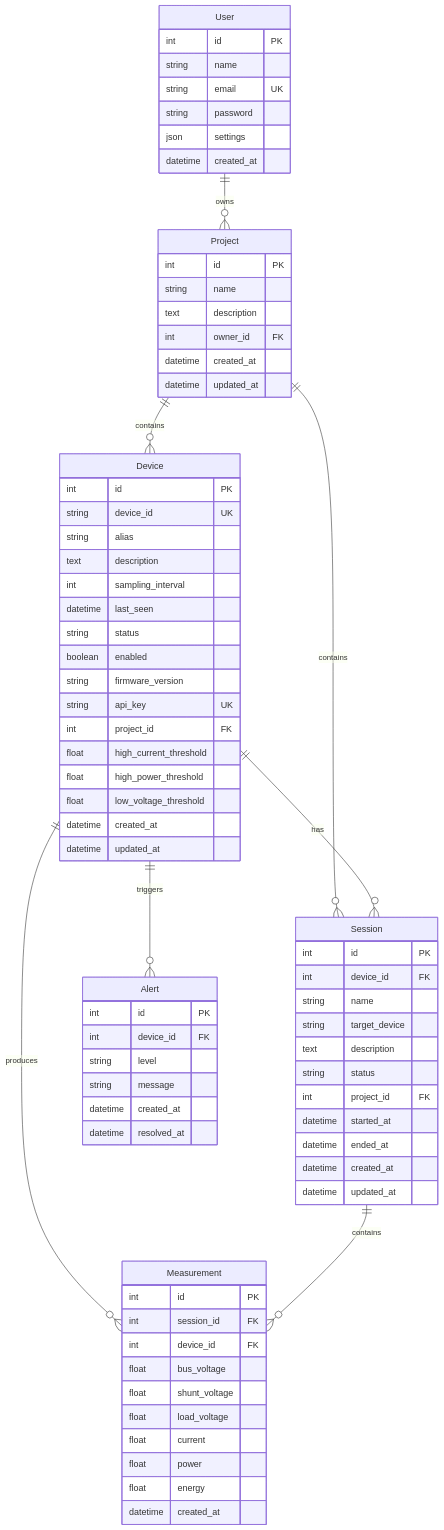
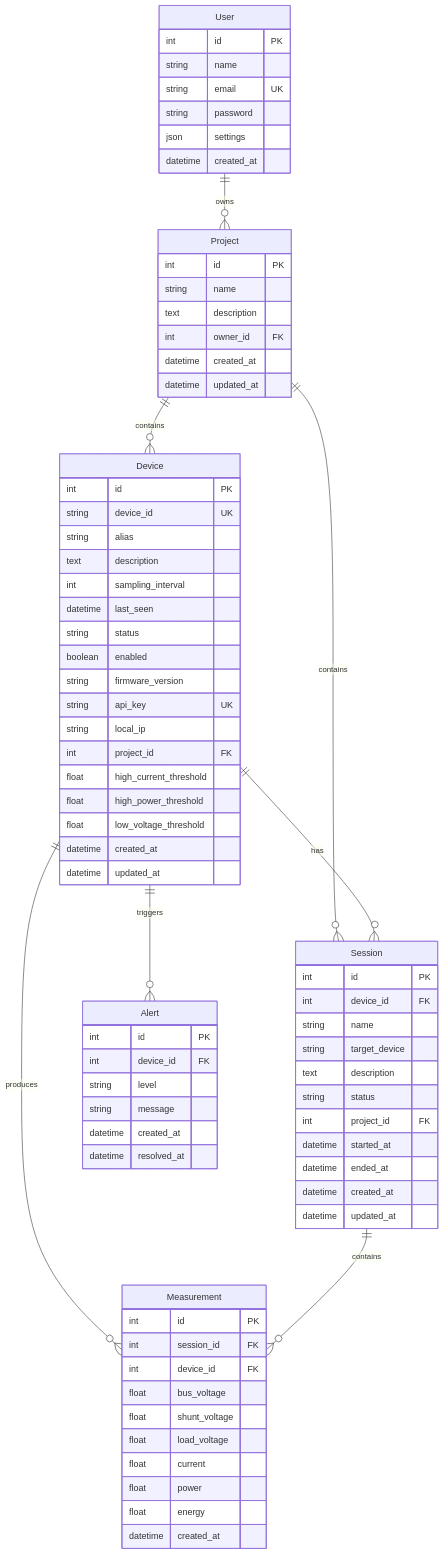
The fourth of 6 diagrams in docs/developer-guide/architecture.md (arifnd/buckpow), drawn with Mermaid before and after one commit. The commit also changed 16 other files, not shown here.

```diff
--- a/docs/developer-guide/architecture.md
+++ b/docs/developer-guide/architecture.md
@@ -180,6 +180,7 @@
         boolean enabled
         string firmware_version
         string api_key UK
+        string local_ip
         int project_id FK
         float high_current_threshold
         float high_power_threshold
```
